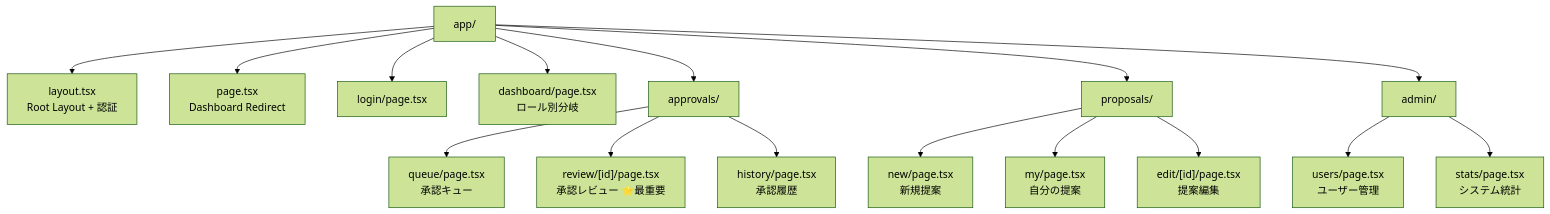
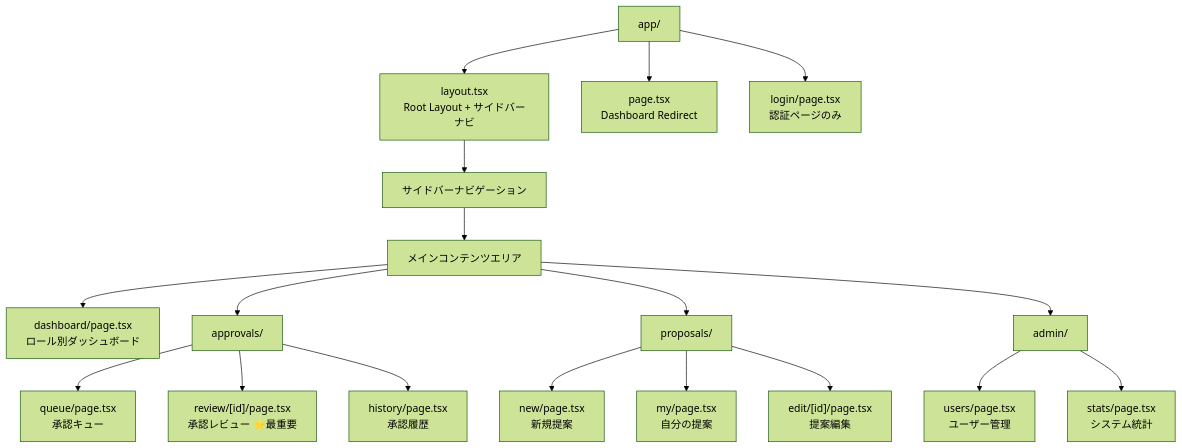
Before and after one commit to ekrsw/knowledge_app: the third of 15 diagrams in frontend/docs/architecture.md, drawn with Mermaid (forest theme). The commit also changed other lines of this file, not shown here.

First line of the commit message:
refactor(docs): redesign layout to sidebar navigation

````diff
--- a/frontend/docs/architecture.md
+++ b/frontend/docs/architecture.md
@@ -39,21 +39,25 @@
 ```mermaid
 graph TD
-    A[app/] --> B[layout.tsx<br/>Root Layout + 認証]
+    A[app/] --> B[layout.tsx<br/>Root Layout + サイドバーナビ]
     A --> C[page.tsx<br/>Dashboard Redirect]
-    A --> D[login/page.tsx]
-    A --> E[dashboard/page.tsx<br/>ロール別分岐]
-    
-    A --> F[approvals/]
-    F --> G[queue/page.tsx<br/>承認キュー]
-    F --> H["review/[id]/page.tsx<br/>承認レビュー ⭐最重要"]
-    F --> I[history/page.tsx<br/>承認履歴]
-    
-    A --> J[proposals/]
-    J --> K[new/page.tsx<br/>新規提案]
-    J --> L[my/page.tsx<br/>自分の提案]
-    J --> M["edit/[id]/page.tsx<br/>提案編集"]
-    
-    A --> N[admin/]
-    N --> O[users/page.tsx<br/>ユーザー管理]
-    N --> P[stats/page.tsx<br/>システム統計]
+    A --> D[login/page.tsx<br/>認証ページのみ]
+
+    B --> E[サイドバーナビゲーション]
+    E --> F[メインコンテンツエリア]
+
+    F --> G[dashboard/page.tsx<br/>ロール別ダッシュボード]
+
+    F --> H[approvals/]
+    H --> I[queue/page.tsx<br/>承認キュー]
+    H --> J["review/[id]/page.tsx<br/>承認レビュー ⭐最重要"]
+    H --> K[history/page.tsx<br/>承認履歴]
+
+    F --> L[proposals/]
+    L --> M[new/page.tsx<br/>新規提案]
+    L --> N[my/page.tsx<br/>自分の提案]
+    L --> O["edit/[id]/page.tsx<br/>提案編集"]
+
+    F --> P[admin/]
+    P --> Q[users/page.tsx<br/>ユーザー管理]
+    P --> R[stats/page.tsx<br/>システム統計]
 ```
````
